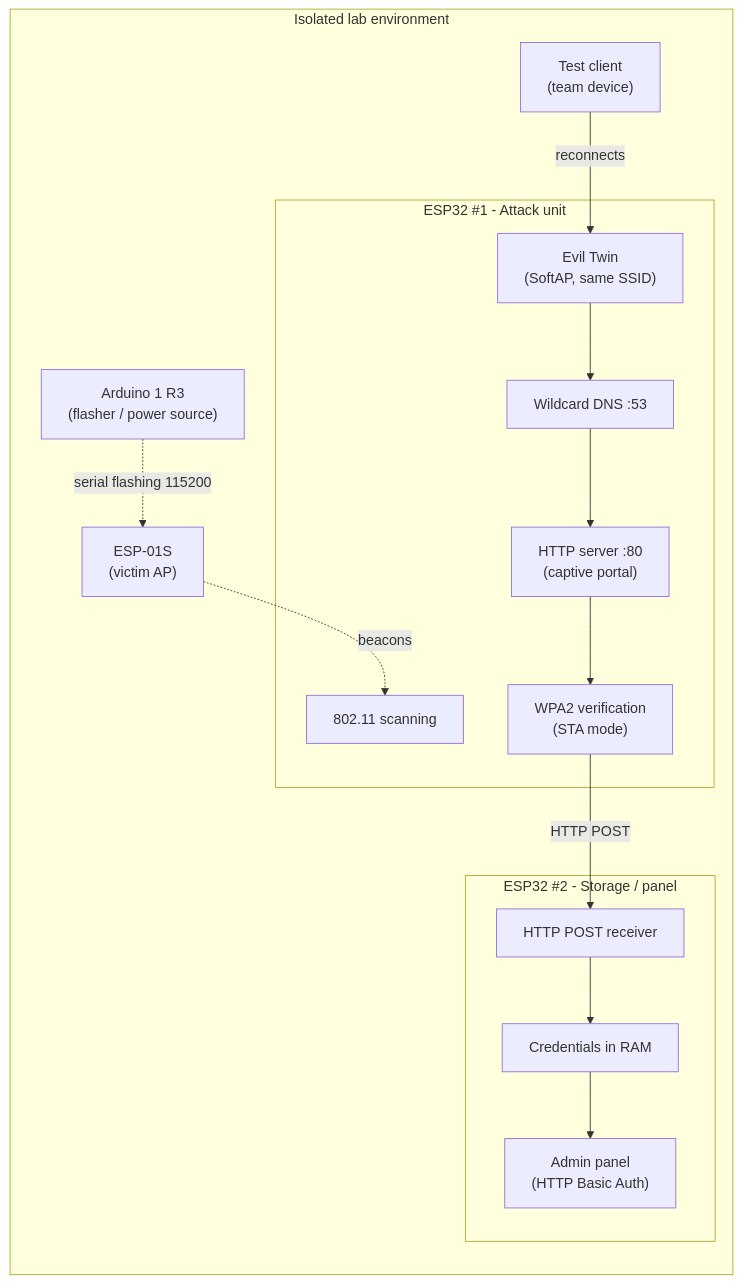
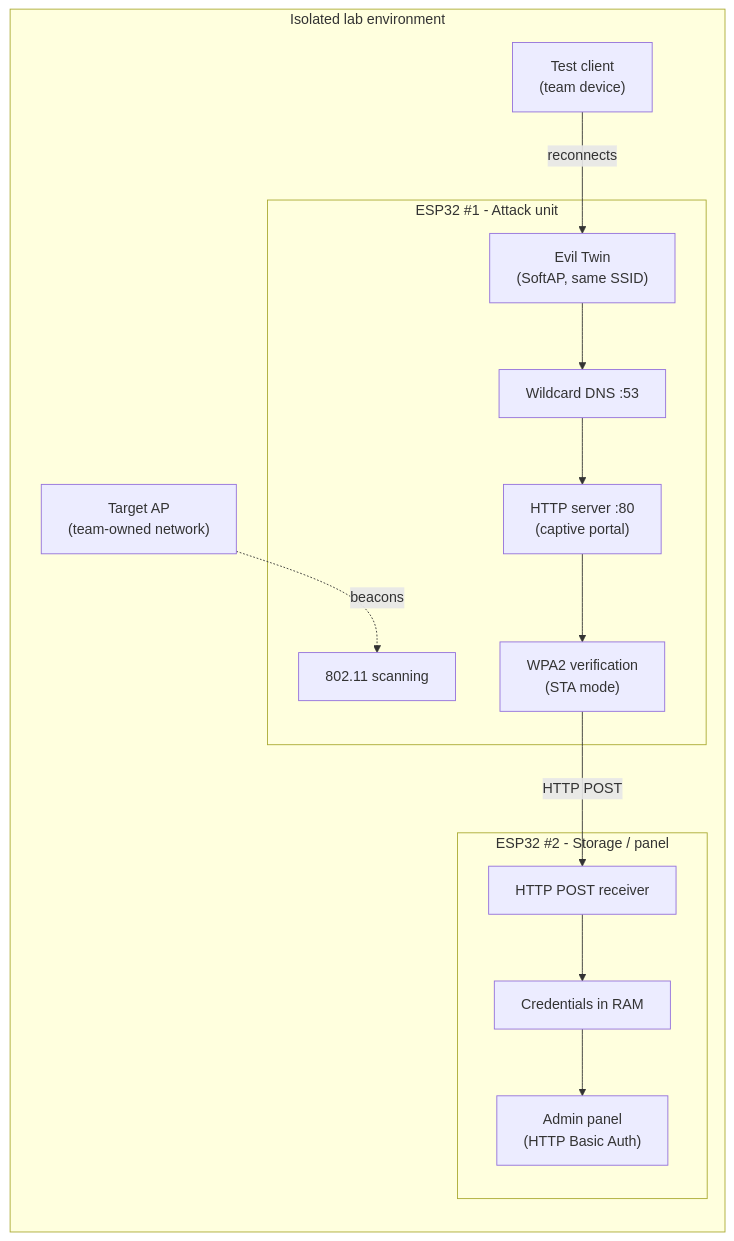
The diagram in README.md (joaks07/Proyect-EvilTwin-ESP32), drawn with Mermaid before and after one commit. The commit also changed other lines of this file and 12 other files, not shown here.

````diff
--- a/README.md
+++ b/README.md
@@ -93,29 +98,27 @@
 ```mermaid
 flowchart LR
     subgraph LAB["Isolated lab environment"]
-        VICT["ESP-01S<br/>(victim AP)"]
-        UNO["Arduino 1 R3<br/>(flasher / power source)"]
-        UNO -. "serial flashing 115200" .-> VICT
+        VICT["Target AP<br/>(team-owned network)"]
 
         subgraph ATK["ESP32 #1 - Attack unit"]
             SCAN["802.11 scanning"]
             ET["Evil Twin<br/>(SoftAP, same SSID)"]
             DNS["Wildcard DNS :53"]
             HTTP["HTTP server :80<br/>(captive portal)"]
             VER["WPA2 verification<br/>(STA mode)"]
         end
 
         subgraph STORE["ESP32 #2 - Storage / panel"]
             RX["HTTP POST receiver"]
             RAM["Credentials in RAM"]
             PANEL["Admin panel<br/>(HTTP Basic Auth)"]
         end
 
         CLI["Test client<br/>(team device)"]
     end
 
     VICT -. "beacons" .-> SCAN
     CLI -->|"reconnects"| ET
     ET --> DNS --> HTTP --> VER
     VER -->|"HTTP POST"| RX --> RAM --> PANEL
 ```
````
